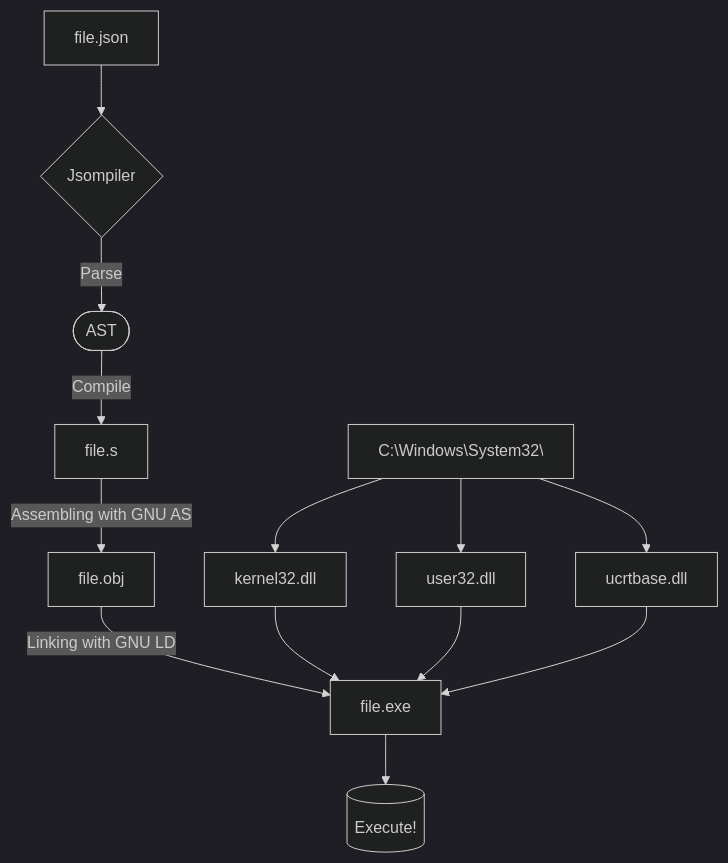
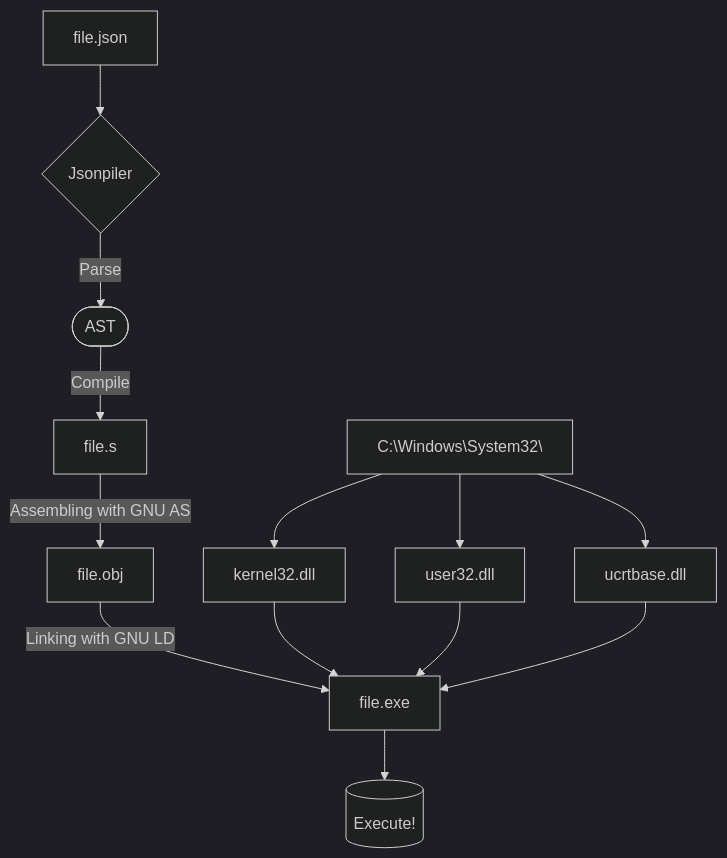
One commit to HAL-G1THuB/jsonpiler changed the diagram in README.md. Above: the diagram before and after it, drawn with Mermaid (dark theme). The commit also changed other lines of this file and 6 other files, not shown here.

Commit message:
Jsompiler -> Jsonpiler

````diff
--- a/README.md
+++ b/README.md
@@ -67,12 +67,12 @@
 ```mermaid
 graph TD
-  A[file.json] --> B{Jsompiler}
+  A[file.json] --> B{Jsonpiler}
   B -->|Parse| C([AST])
   C -->|Compile| D[file.s]
   D --> |Assembling with GNU AS| E[file.obj]
   E --> |Linking with GNU LD| F[file.exe]
   S[C:\Windows\System32\] --> KERNEL32[kernel32.dll] --> F[file.exe]
   S --> USER32[user32.dll] --> F[file.exe]
   S --> UCRTBASE[ucrtbase.dll] --> F[file.exe]
   F --> Execute[(Execute!)]
 ```
````
